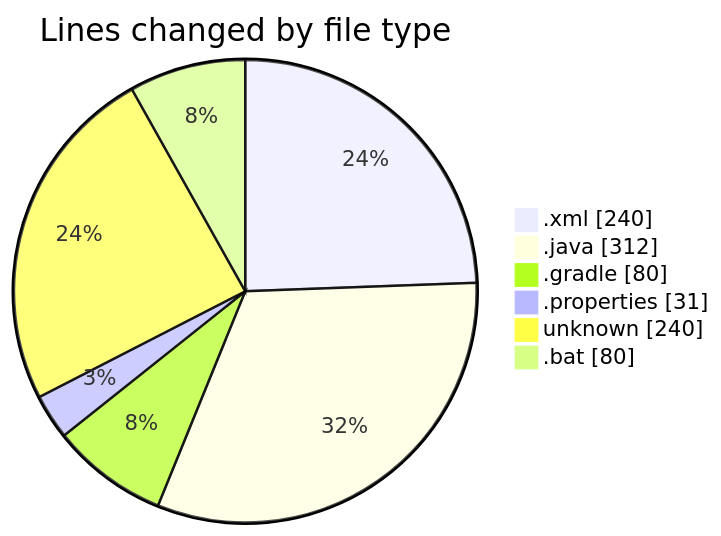
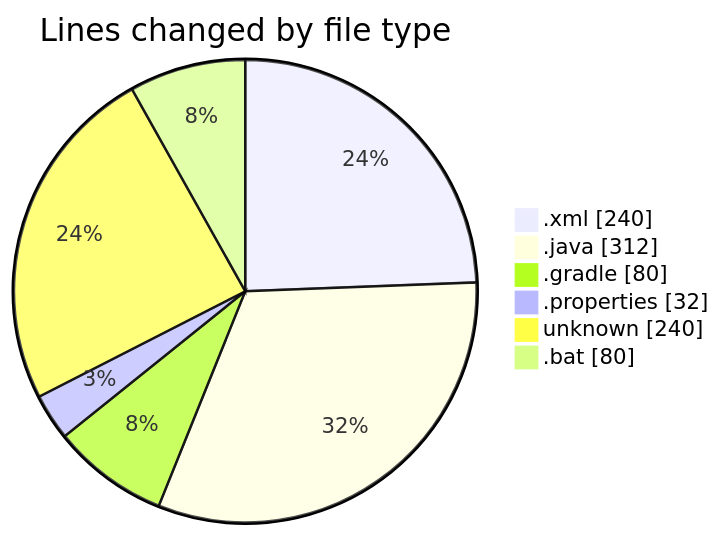
Before and after one commit to CELIANVF/code-tracking: the first of 2 diagrams in 2025-05-30/archery_sum/README.md, drawn with Mermaid. The commit also changed other lines of this file and 1 other file, not shown here.

````diff
--- a/2025-05-30/archery_sum/README.md
+++ b/2025-05-30/archery_sum/README.md
@@ -37,10 +37,10 @@
 ```mermaid
 pie showData
 title Lines changed by file type
 ".xml" : 240
 ".java" : 312
 ".gradle" : 80
-".properties" : 31
+".properties" : 32
 "unknown" : 240
 ".bat" : 80
 ```
````
